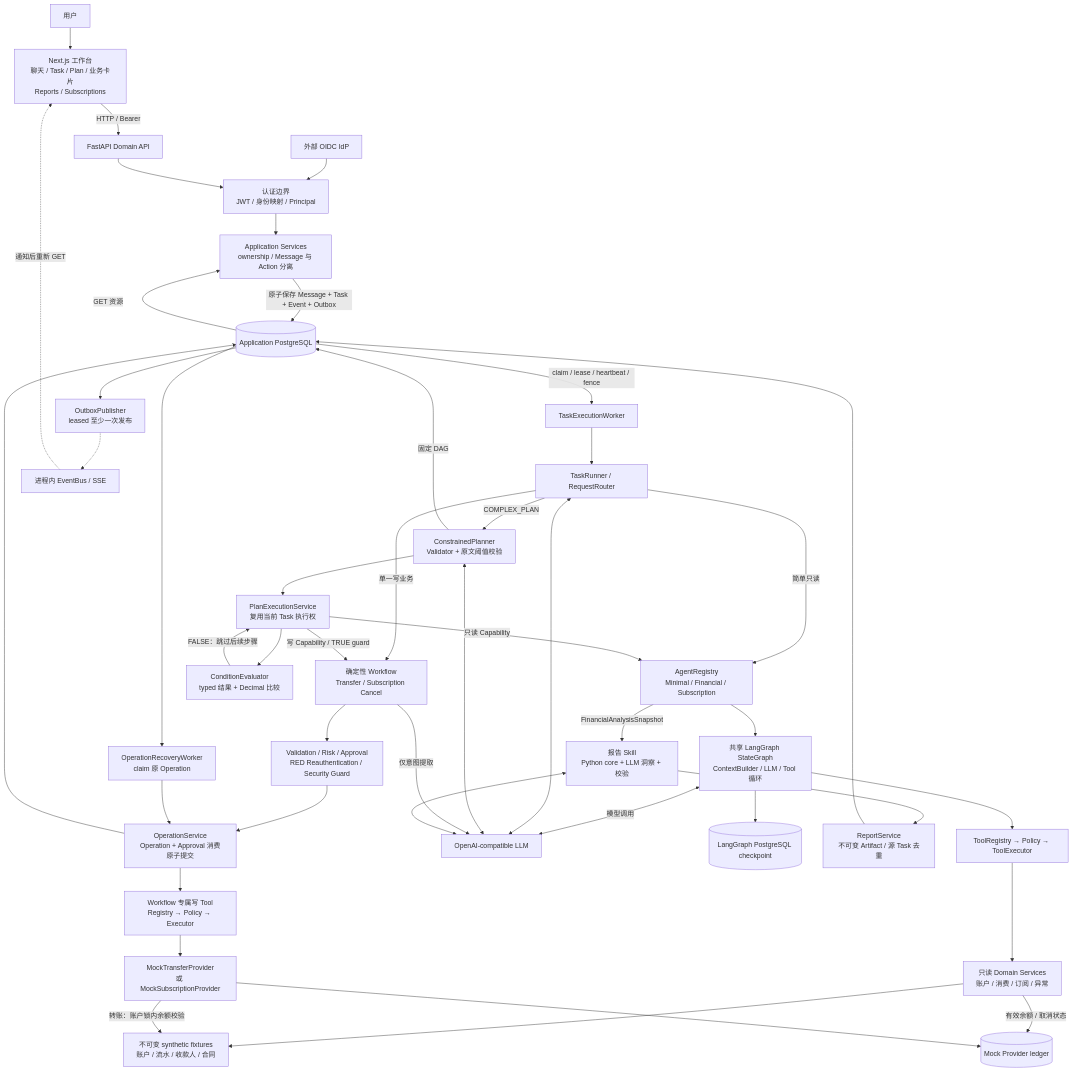
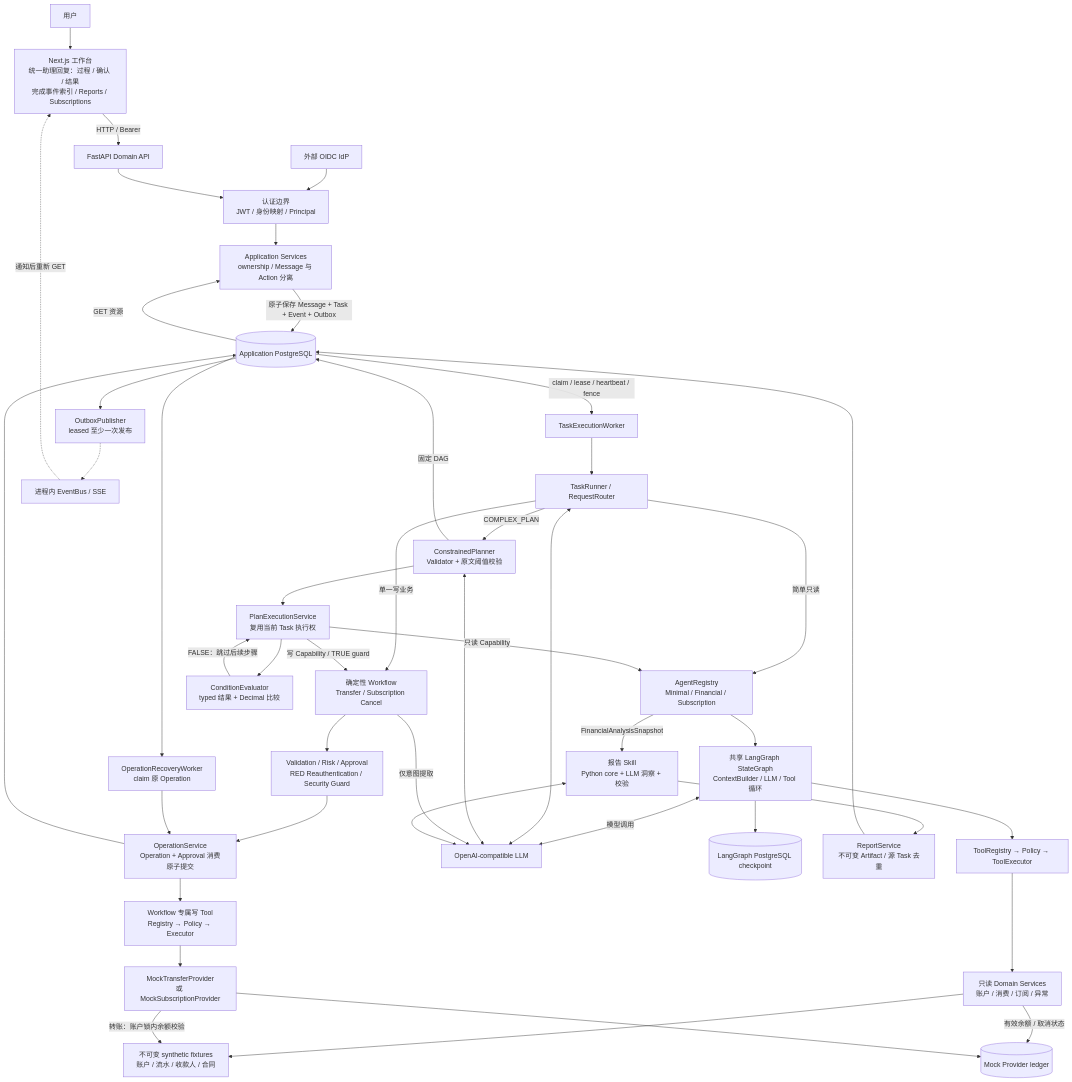
Before and after one commit to wzdhuixienoid/BAVA: the first of 2 diagrams in docs/system-architecture-v0.8.2.md, drawn with Mermaid. The commit also changed other lines of this file and 28 other files, not shown here.

````diff
--- a/docs/system-architecture-v0.8.2.md
+++ b/docs/system-architecture-v0.8.2.md
@@ -13,52 +13,52 @@
 ```mermaid
 flowchart TB
-    U[用户] --> WEB[Next.js 工作台<br/>聊天 / Task / Plan / 业务卡片<br/>Reports / Subscriptions]
+    U[用户] --> WEB[Next.js 工作台<br/>统一助理回复：过程 / 确认 / 结果<br/>完成事件索引 / Reports / Subscriptions]
     IDP[外部 OIDC IdP] --> AUTH
     WEB -->|HTTP / Bearer| API[FastAPI Domain API]
     API --> AUTH[认证边界<br/>JWT / 身份映射 / Principal]
     AUTH --> APP[Application Services<br/>ownership / Message 与 Action 分离]
     APP -->|原子保存 Message + Task + Event + Outbox| DB[(Application PostgreSQL)]
     DB -->|claim / lease / heartbeat / fence| TW[TaskExecutionWorker]
     TW --> RUN[TaskRunner / RequestRouter]
 
     RUN -->|简单只读| AG[AgentRegistry<br/>Minimal / Financial / Subscription]
     RUN -->|单一写业务| WF[确定性 Workflow<br/>Transfer / Subscription Cancel]
     RUN -->|COMPLEX_PLAN| PL[ConstrainedPlanner<br/>Validator + 原文阈值校验]
     PL -->|固定 DAG| DB
     PL --> PE[PlanExecutionService<br/>复用当前 Task 执行权]
     PE -->|只读 Capability| AG
     PE -->|写 Capability / TRUE guard| WF
     PE --> CE[ConditionEvaluator<br/>typed 结果 + Decimal 比较]
     CE -->|FALSE：跳过后续步骤| PE
 
     AG --> LG[共享 LangGraph StateGraph<br/>ContextBuilder / LLM / Tool 循环]
     LG --> GW[ToolRegistry → Policy → ToolExecutor]
     LG <-->|模型调用| LLM[OpenAI-compatible LLM]
     RUN <--> LLM
     PL <--> LLM
     WF -->|仅意图提取| LLM
     LG --> CP[(LangGraph PostgreSQL checkpoint)]
     GW --> READ[只读 Domain Services<br/>账户 / 消费 / 订阅 / 异常]
     READ --> FIX[不可变 synthetic fixtures<br/>账户 / 流水 / 收款人 / 合同]
     READ -->|有效余额 / 取消状态| LEDGER[(Mock Provider ledger)]
 
     AG -->|FinancialAnalysisSnapshot| SK[报告 Skill<br/>Python core + LLM 洞察 + 校验]
     SK <--> LLM
     SK --> REP[ReportService<br/>不可变 Artifact / 源 Task 去重]
     REP --> DB
     DB -->|GET 资源| APP
 
     WF --> CTRL[Validation / Risk / Approval<br/>RED Reauthentication / Security Guard]
     CTRL --> OP[OperationService<br/>Operation + Approval 消费原子提交]
     OP --> DB
     OP --> WG[Workflow 专属写 Tool<br/>Registry → Policy → Executor]
     WG --> MP[MockTransferProvider<br/>或 MockSubscriptionProvider]
     MP --> LEDGER
     MP -->|转账：账户锁内余额校验| FIX
     DB --> OW[OperationRecoveryWorker<br/>claim 原 Operation]
     OW --> OP
 
     DB --> OB[OutboxPublisher<br/>leased 至少一次发布]
     OB -.-> BUS[进程内 EventBus / SSE]
     BUS -.->|通知后重新 GET| WEB
 ```
````
